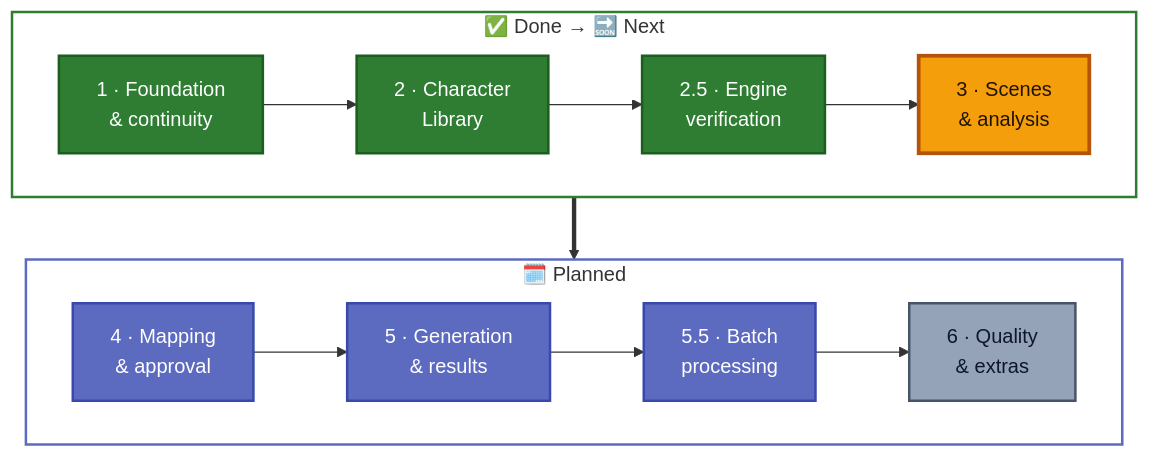
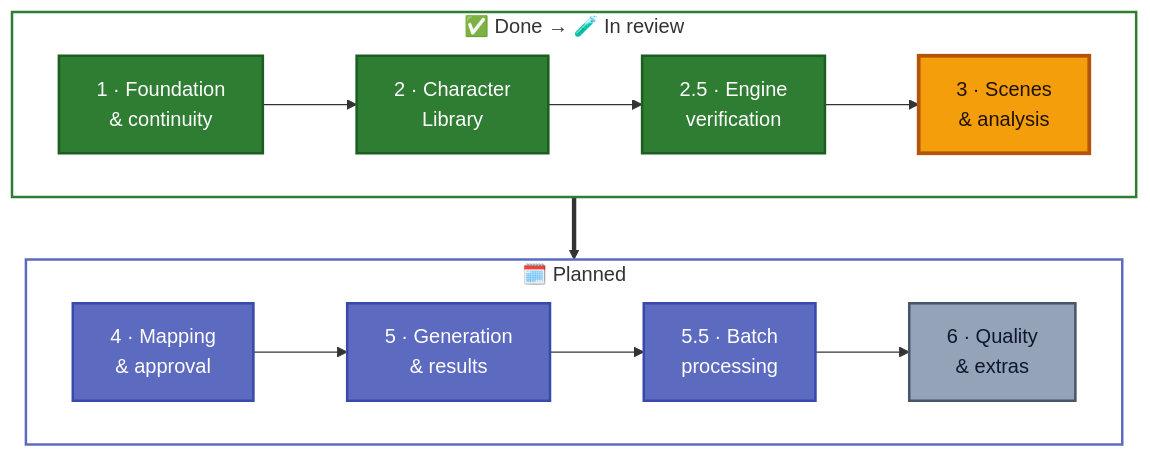
One commit to CyberSecurityChuck/Character-Studio changed the third of 3 diagrams in README.md. Above: the diagram before and after it, drawn with Mermaid. The commit also changed other lines of this file and 30 other files, not shown here.

````diff
--- a/README.md
+++ b/README.md
@@ -188,19 +188,19 @@
 ```mermaid
 flowchart TB
-    subgraph NOW["✅ Done → 🔜 Next"]
+    subgraph NOW["✅ Done → 🧪 In review"]
         direction LR
         P1["1 · Foundation<br/>& continuity"]:::done --> P2["2 · Character<br/>Library"]:::done --> P25["2.5 · Engine<br/>verification"]:::done --> P3["3 · Scenes<br/>& analysis"]:::next
     end
     subgraph LATER["🗓️ Planned"]
         direction LR
         P4["4 · Mapping<br/>& approval"]:::planned --> P5["5 · Generation<br/>& results"]:::planned --> P55["5.5 · Batch<br/>processing"]:::planned --> P6["6 · Quality<br/>& extras"]:::later
     end
     NOW ==> LATER
     style NOW fill:transparent,stroke:#2E7D32,stroke-width:2px
     style LATER fill:transparent,stroke:#5C6BC0,stroke-width:2px
 
     classDef done fill:#2E7D32,stroke:#1B5E20,color:#ffffff,stroke-width:2px
     classDef next fill:#F59E0B,stroke:#B45309,color:#1F1300,stroke-width:3px
     classDef planned fill:#5C6BC0,stroke:#3949AB,color:#ffffff,stroke-width:2px
     classDef later fill:#94A3B8,stroke:#475569,color:#0F172A,stroke-width:2px
 ```
````
